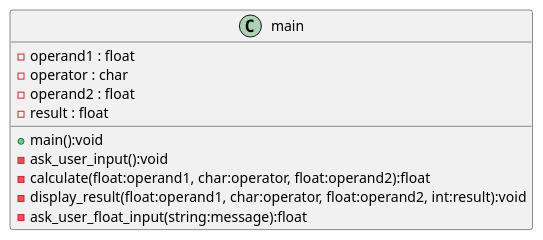
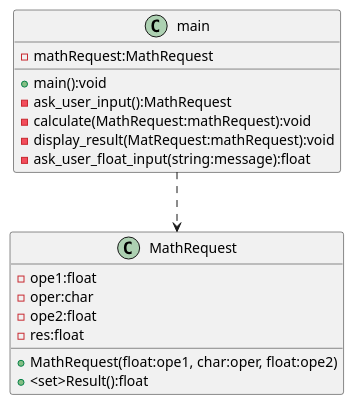
The diagram in docs/class_diagram.puml (Vikkett/Eval1-Calculator), drawn with PlantUML before and after one commit.

Commit message:
feat: add MathRequest Class

```diff
--- a/docs/class_diagram.puml
+++ b/docs/class_diagram.puml
@@ -1,16 +1,26 @@
 @startuml
 'https://plantuml.com/class-diagram
 
+class MathRequest{
+ - ope1:float
+ - oper:char
+ - ope2:float
+ - res:float
+
+ + MathRequest(float:ope1, char:oper, float:ope2)
+ + <set>Result():float
+}
+
 class main{
- - operand1 : float
- - operator : char
- - operand2 : float
- - result : float
+ -mathRequest:MathRequest
 
  +main():void
- -ask_user_input():void
- -calculate(float:operand1, char:operator, float:operand2):float
- -display_result(float:operand1, char:operator, float:operand2, int:result):void
+ -ask_user_input():MathRequest
+ -calculate(MathRequest:mathRequest):void
+ -display_result(MatRequest:mathRequest):void
  -ask_user_float_input(string:message):float
 }
+
+main .-> MathRequest
+
 @enduml
```
